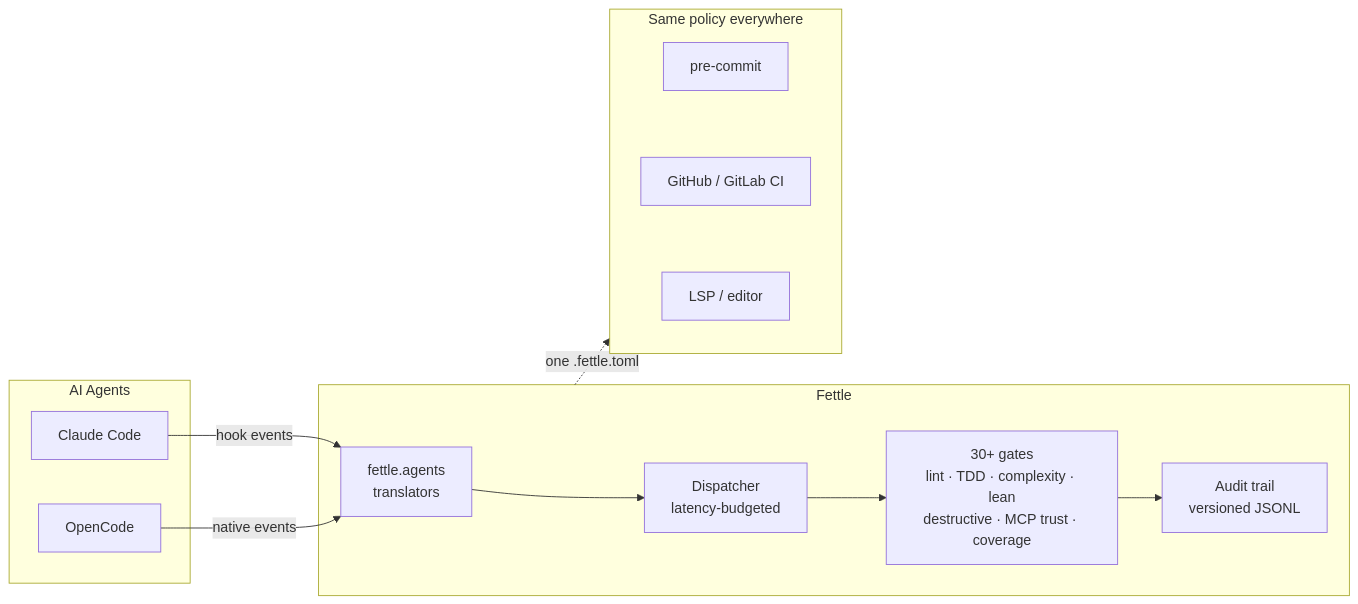
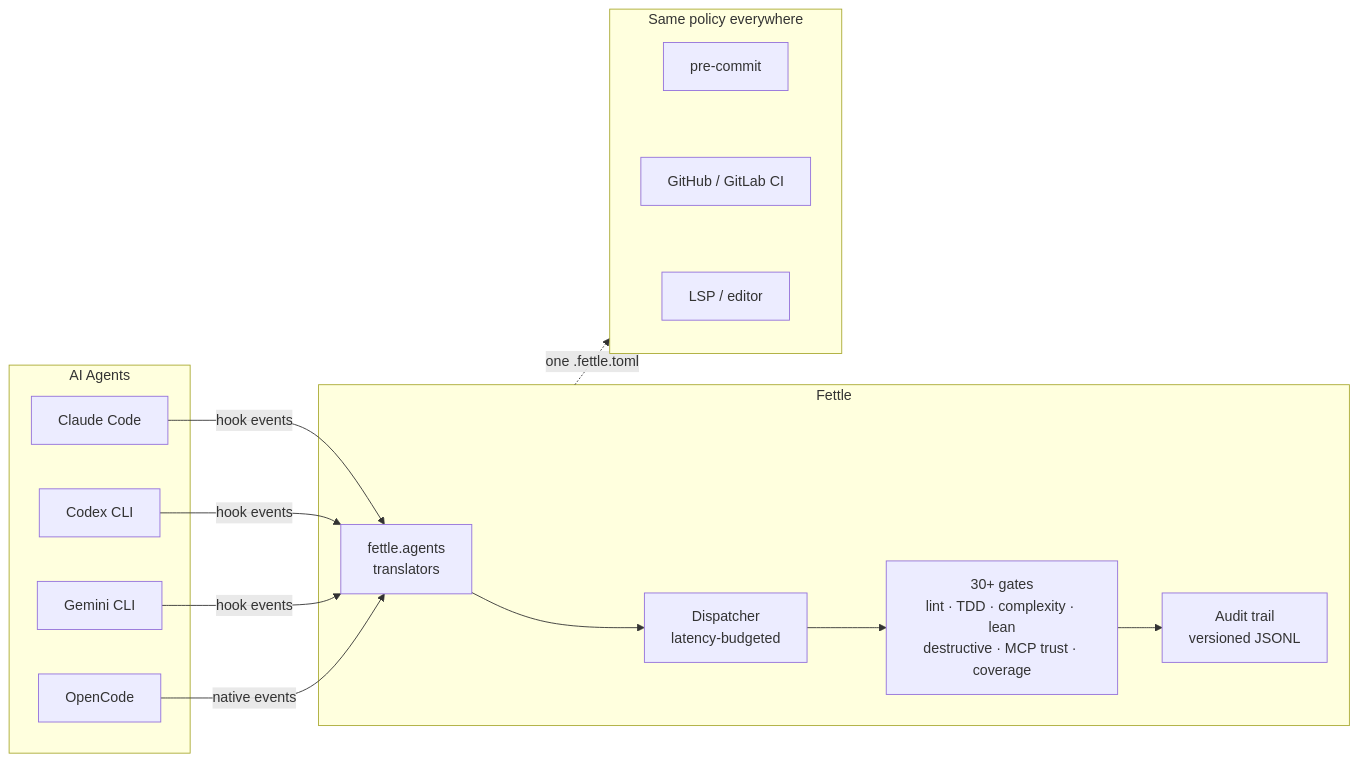
The diagram in README.md (MilindGaharwar/fettle), drawn with Mermaid before and after one commit. The commit also changed other lines of this file and 21 other files, not shown here.

````diff
--- a/README.md
+++ b/README.md
@@ -48,18 +48,22 @@
 ```mermaid
 flowchart LR
     subgraph agents ["AI Agents"]
         CC[Claude Code]
+        CX[Codex CLI]
+        GM[Gemini CLI]
         OC[OpenCode]
     end
     subgraph fettle ["Fettle"]
         T["fettle.agents<br/>translators"] --> D["Dispatcher<br/>latency-budgeted"]
         D --> G["30+ gates<br/>lint · TDD · complexity · lean<br/>destructive · MCP trust · coverage"]
         G --> A["Audit trail<br/>versioned JSONL"]
     end
     subgraph chokepoints ["Same policy everywhere"]
         P[pre-commit] ~~~ CI["GitHub / GitLab CI"] ~~~ L[LSP / editor]
     end
     CC -- "hook events" --> T
+    CX -- "hook events" --> T
+    GM -- "hook events" --> T
     OC -- "native events" --> T
     fettle -. "one .fettle.toml" .-> chokepoints
 ```
````
